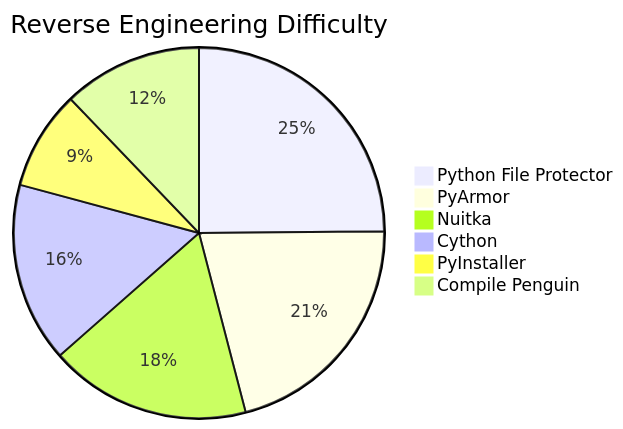
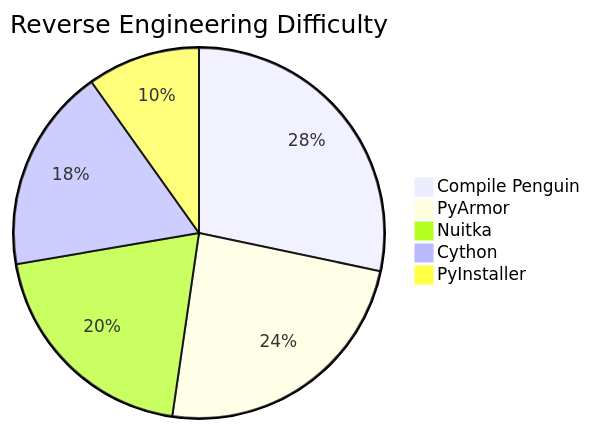
Before and after one commit to Royhtml/Compile-Pinguin: the first of 10 diagrams in README.md, drawn with Mermaid. The commit also changed other lines of this file, not shown here.

````diff
--- a/README.md
+++ b/README.md
@@ -26,10 +25,9 @@
 ```mermaid
 pie
     title Reverse Engineering Difficulty
-    "Python File Protector" : 92
+    "Compile Penguin" : 92
     "PyArmor" : 78
     "Nuitka" : 65
     "Cython" : 58
     "PyInstaller" : 32
-    "Compile Penguin" : 45
 ```
````
